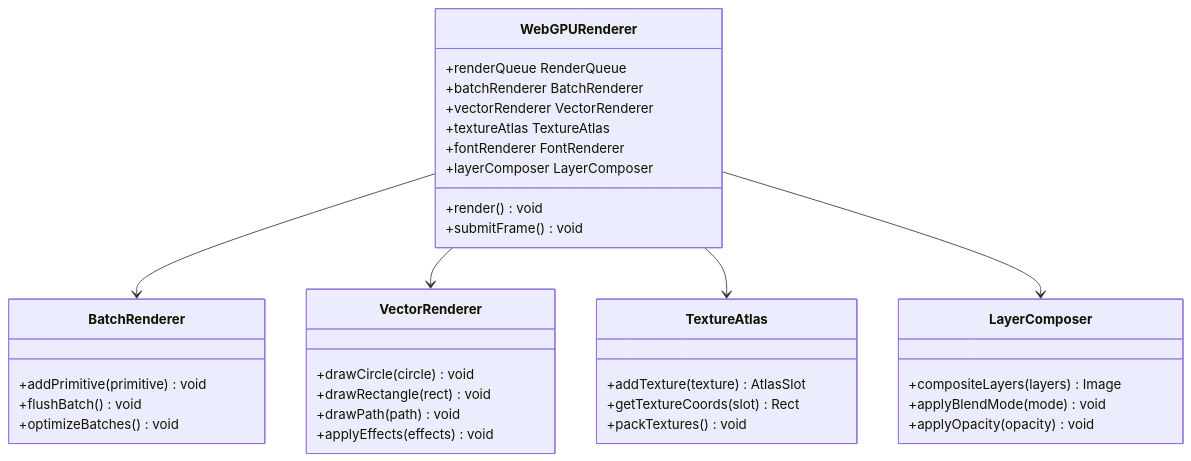
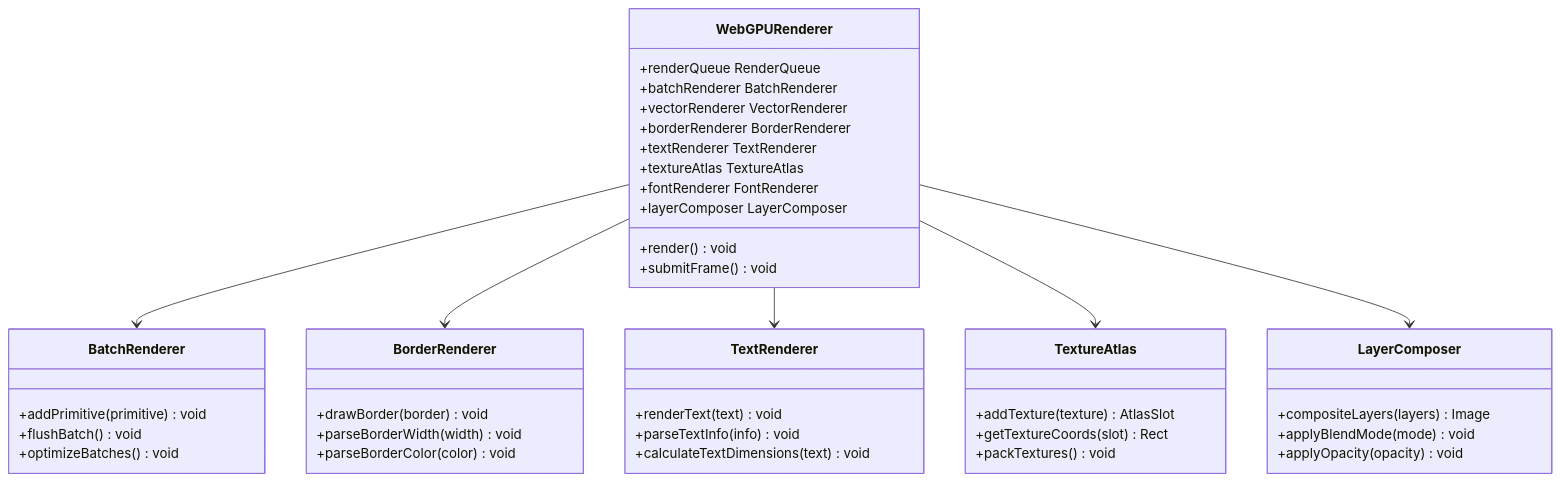
One commit to itszzl-sudo/iris changed the second of 32 diagrams in .qoder/repowiki/zh/content/技术架构详解/WebGPU渲染引擎/WebGPU渲染引擎.md. Above: the diagram before and after it, drawn with Mermaid. The commit also changed other lines of this file and 4 other files, not shown here.

````diff
--- a/.qoder/repowiki/zh/content/技术架构详解/WebGPU渲染引擎/WebGPU渲染引擎.md
+++ b/.qoder/repowiki/zh/content/技术架构详解/WebGPU渲染引擎/WebGPU渲染引擎.md
@@ -110,38 +117,45 @@
 ```mermaid
 classDiagram
 class WebGPURenderer {
 +renderQueue RenderQueue
 +batchRenderer BatchRenderer
 +vectorRenderer VectorRenderer
++borderRenderer BorderRenderer
++textRenderer TextRenderer
 +textureAtlas TextureAtlas
 +fontRenderer FontRenderer
 +layerComposer LayerComposer
 +render() void
 +submitFrame() void
 }
 class BatchRenderer {
 +addPrimitive(primitive) void
 +flushBatch() void
 +optimizeBatches() void
 }
-class VectorRenderer {
-+drawCircle(circle) void
-+drawRectangle(rect) void
-+drawPath(path) void
-+applyEffects(effects) void
+class BorderRenderer {
++drawBorder(border) void
++parseBorderWidth(width) void
++parseBorderColor(color) void
+}
+class TextRenderer {
++renderText(text) void
++parseTextInfo(info) void
++calculateTextDimensions(text) void
 }
 class TextureAtlas {
 +addTexture(texture) AtlasSlot
 +getTextureCoords(slot) Rect
 +packTextures() void
 }
 class LayerComposer {
 +compositeLayers(layers) Image
 +applyBlendMode(mode) void
 +applyOpacity(opacity) void
 }
 WebGPURenderer --> BatchRenderer
-WebGPURenderer --> VectorRenderer
+WebGPURenderer --> BorderRenderer
+WebGPURenderer --> TextRenderer
 WebGPURenderer --> TextureAtlas
 WebGPURenderer --> LayerComposer
 ```
````
